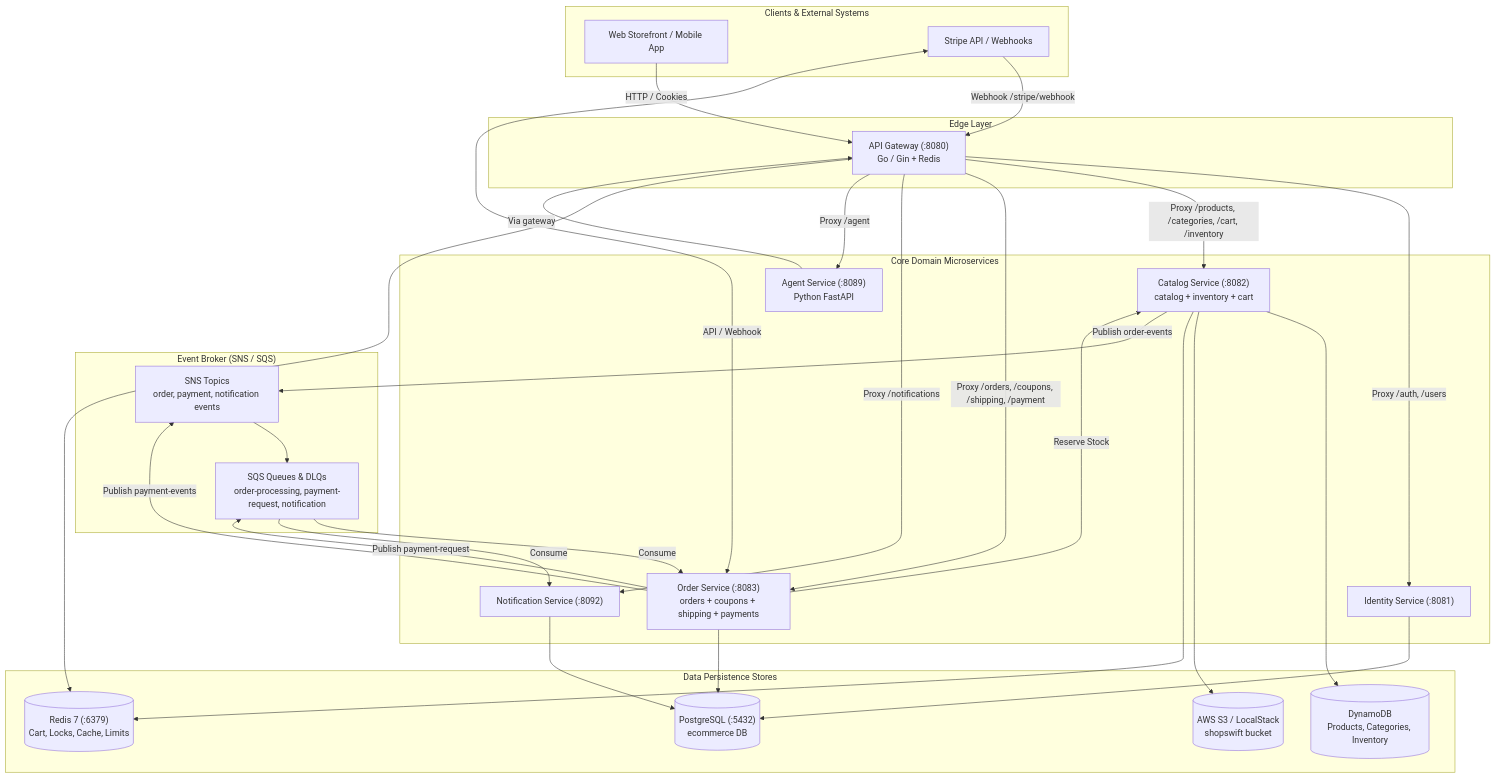
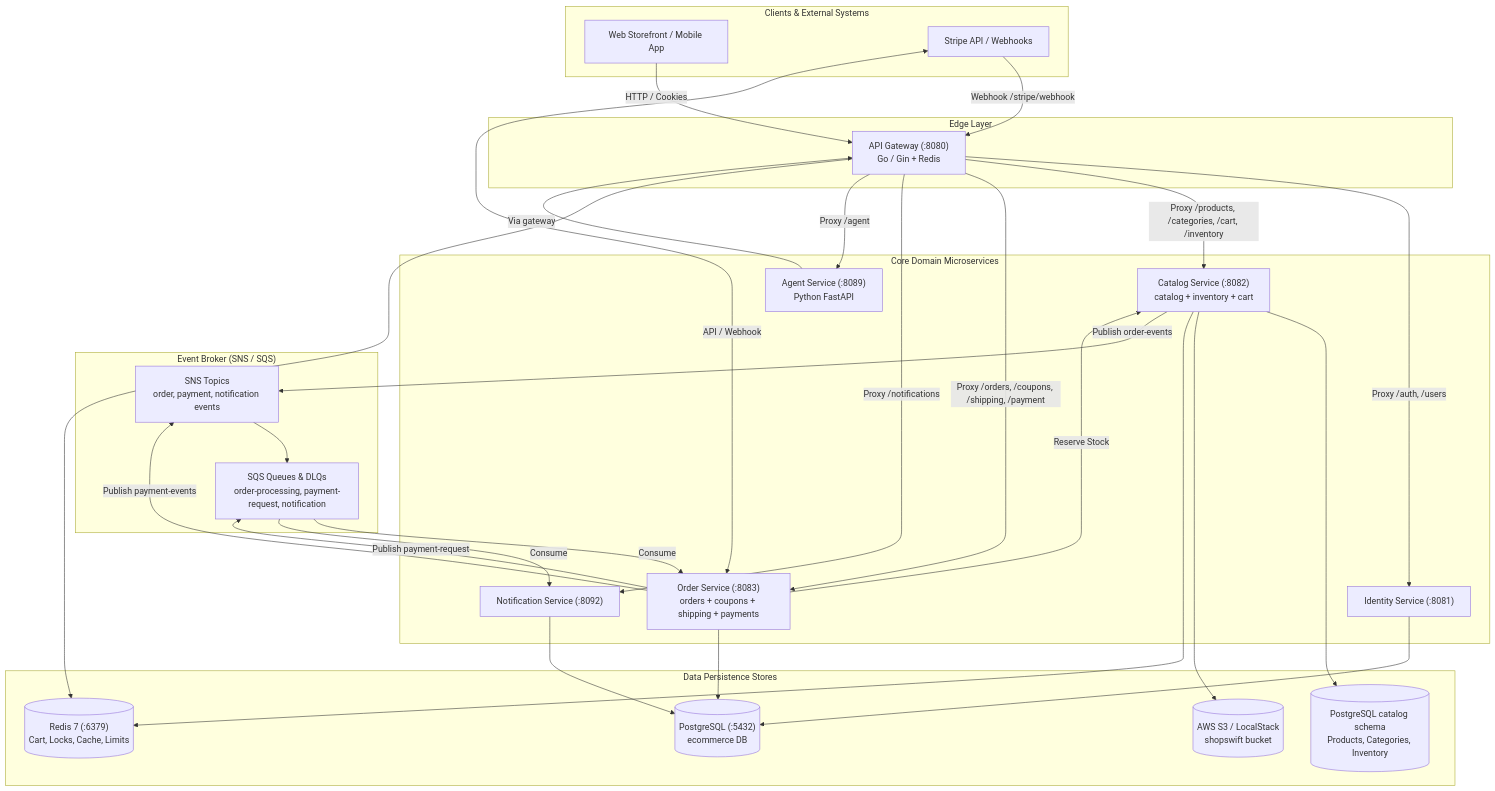
Before and after one commit to yashrajoria/E-Commerce-backend: the first of 3 diagrams in MICROSERVICE_ARCHITECTURE.md, drawn with Mermaid. The commit also changed other lines of this file and 53 other files, not shown here.

Commit message:
chore(catalog): remove DynamoDB code, infra, scripts and docs

````diff
--- a/MICROSERVICE_ARCHITECTURE.md
+++ b/MICROSERVICE_ARCHITECTURE.md
@@ -25,62 +25,62 @@
 ```mermaid
 flowchart TB
   subgraph Clients ["Clients & External Systems"]
     Web["Web Storefront / Mobile App"]
     StripeExt["Stripe API / Webhooks"]
   end
 
   subgraph EdgeLayer ["Edge Layer"]
     GW["API Gateway (:8080)<br/>Go / Gin + Redis"]
   end
 
   subgraph CoreServices ["Core Domain Microservices"]
     IDENT["Identity Service (:8081)"]
     CATALOG["Catalog Service (:8082)<br/>catalog + inventory + cart"]
     ORDER["Order Service (:8083)<br/>orders + coupons + shipping + payments"]
     NOTIF["Notification Service (:8092)"]
     AGENT["Agent Service (:8089)<br/>Python FastAPI"]
   end
 
   subgraph Storage ["Data Persistence Stores"]
     PG[("PostgreSQL (:5432)<br/>ecommerce DB")]
-    DDB[("DynamoDB<br/>Products, Categories, Inventory")]
+    DDB[("PostgreSQL catalog schema<br/>Products, Categories, Inventory")]
     REDIS[("Redis 7 (:6379)<br/>Cart, Locks, Cache, Limits")]
     S3[("AWS S3 / LocalStack<br/>shopswift bucket")]
   end
 
   subgraph Messaging ["Event Broker (SNS / SQS)"]
     SNS["SNS Topics<br/>order, payment, notification events"]
     SQS["SQS Queues & DLQs<br/>order-processing, payment-request, notification"]
   end
 
   %% HTTP Flows
   Web -->|HTTP / Cookies| GW
   GW -->|Proxy /auth, /users| IDENT
   GW -->|Proxy /products, /categories, /cart, /inventory| CATALOG
   GW -->|Proxy /orders, /coupons, /shipping, /payment| ORDER
   GW -->|Proxy /notifications| NOTIF
   GW -->|Proxy /agent| AGENT
 
   AGENT -->|Via gateway| GW
   StripeExt -->|Webhook /stripe/webhook| GW
 
   %% Data Store Connections
   IDENT --> PG
   ORDER --> PG
   NOTIF --> PG
 
   CATALOG --> DDB
   CATALOG --> S3
   CATALOG --> REDIS
   GW --> REDIS
 
   %% Async Event Connections
   CATALOG -->|Publish order-events| SNS
   ORDER -->|Publish payment-request| SQS
   ORDER -->|Publish payment-events| SNS
   StripeExt <-->|API / Webhook| ORDER
   SNS --> SQS
   SQS -->|Consume| ORDER
   SQS -->|Consume| NOTIF
   ORDER -->|Reserve Stock| CATALOG
 ```
````
